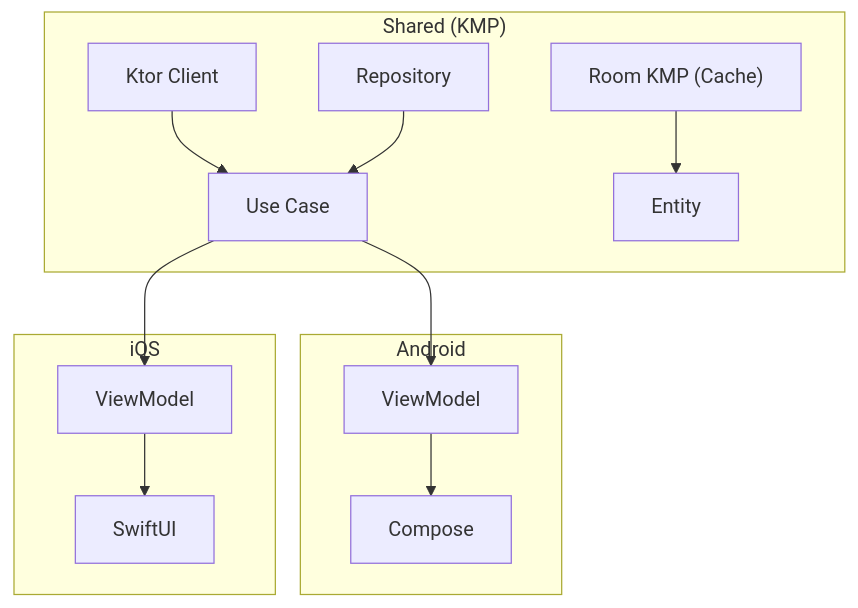
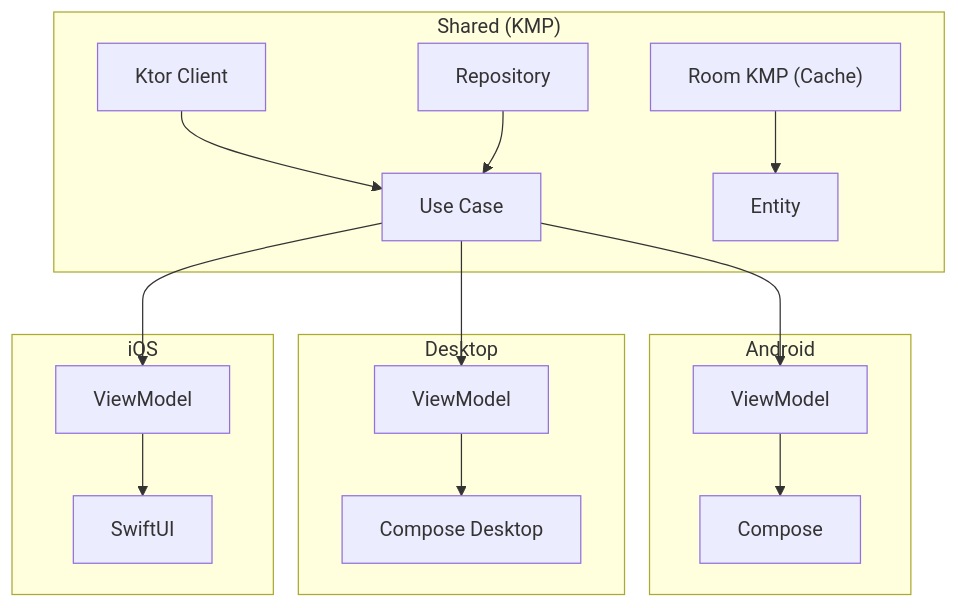
The diagram in README.ja.md (rioX432/CivitDeck), drawn with Mermaid before and after one commit. The commit also changed other lines of this file and 4 other files, not shown here.

````diff
--- a/README.ja.md
+++ b/README.ja.md
@@ -87,15 +90,19 @@
 ```mermaid
 graph TB
     subgraph shared["Shared (KMP)"]
         ktor["Ktor Client"] & repo["Repository"] --> usecase["Use Case"]
         room["Room KMP (Cache)"] --> entity["Entity"]
     end
     subgraph android["Android"]
         avm["ViewModel"] --> compose["Compose"]
     end
+    subgraph desktop["Desktop"]
+        dvm["ViewModel"] --> cdesktop["Compose Desktop"]
+    end
     subgraph ios["iOS"]
         ivm["ViewModel"] --> swiftui["SwiftUI"]
     end
     usecase --> avm
+    usecase --> dvm
     usecase --> ivm
 ```
````
